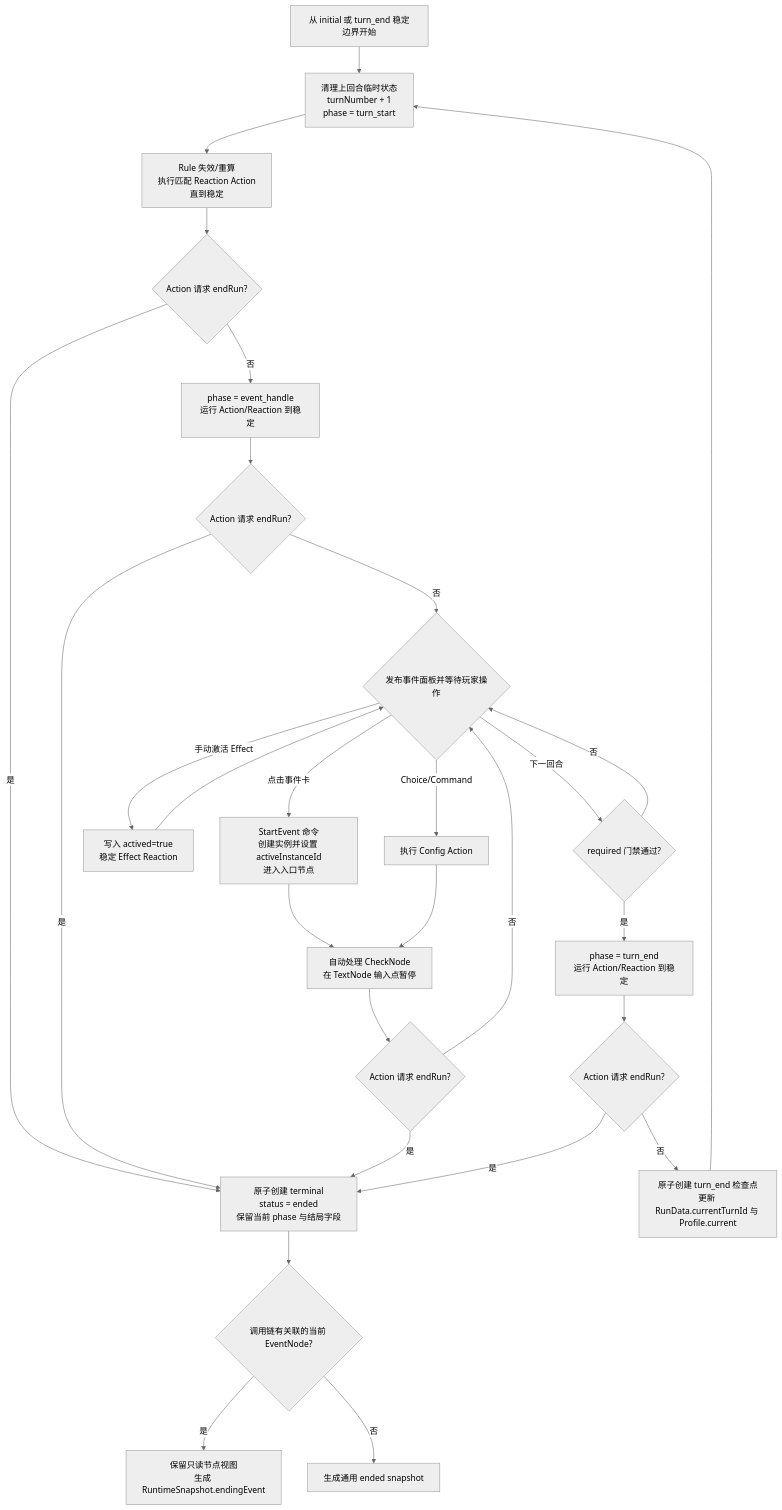
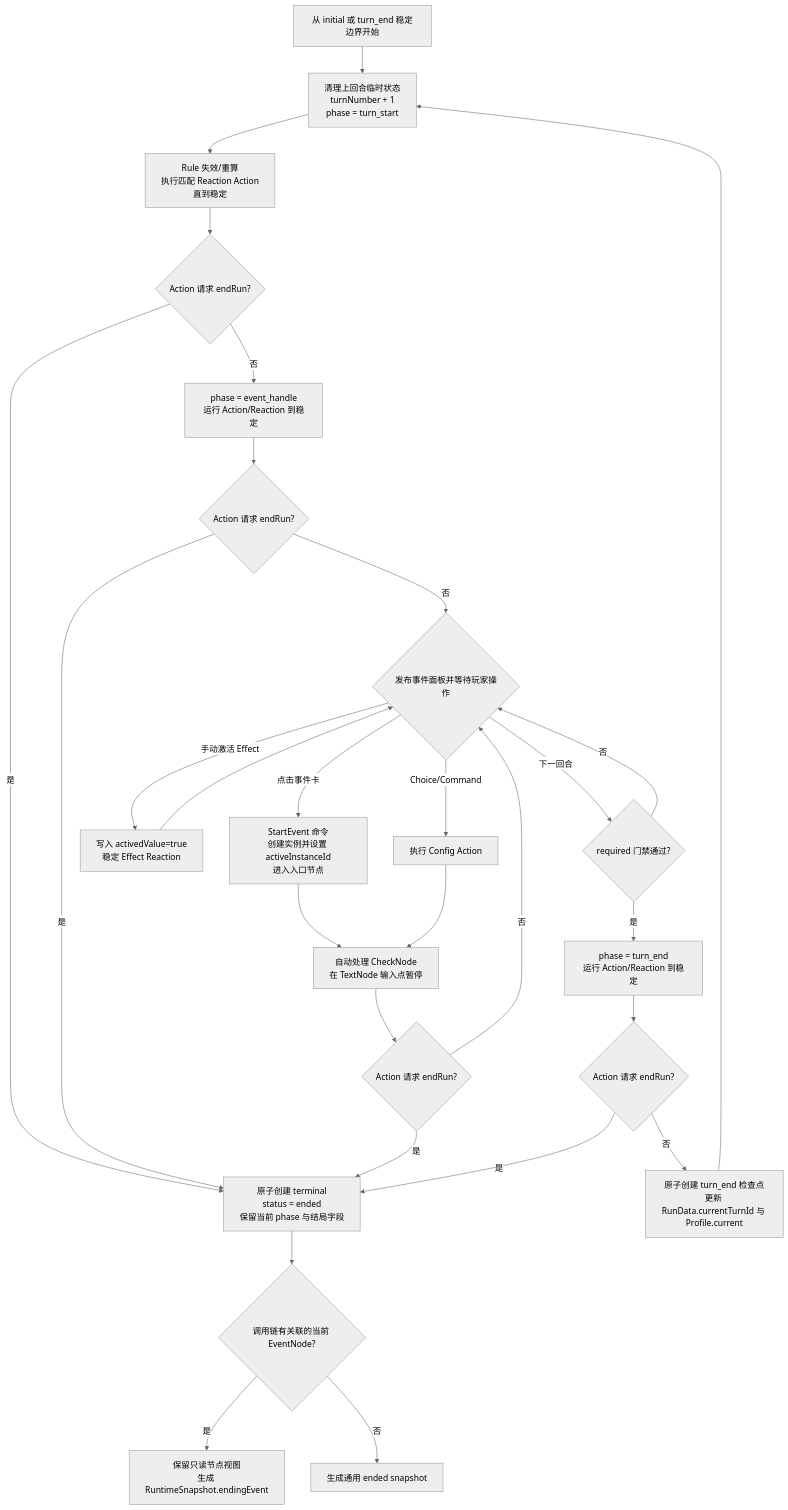
The diagram in docs/game-design/gameplay-runtime-flow.md (IanYet/maker-simulator), drawn with Mermaid (neutral theme) before and after one commit. The commit also changed other lines of this file and 20 other files, not shown here.

````diff
--- a/docs/game-design/gameplay-runtime-flow.md
+++ b/docs/game-design/gameplay-runtime-flow.md
@@ -267,30 +267,30 @@
 ```mermaid
 flowchart TD
     A[从 initial 或 turn_end 稳定边界开始] --> B[清理上回合临时状态<br/>turnNumber + 1<br/>phase = turn_start]
     B --> C[Rule 失效/重算<br/>执行匹配 Reaction Action<br/>直到稳定]
     C --> D{Action 请求 endRun?}
     D -- 是 --> Z[原子创建 terminal<br/>status = ended<br/>保留当前 phase 与结局字段]
     D -- 否 --> E[phase = event_handle<br/>运行 Action/Reaction 到稳定]
     E --> E2{Action 请求 endRun?}
     E2 -- 是 --> Z
     E2 -- 否 --> F{发布事件面板并等待玩家操作}
     F -- 点击事件卡 --> G[StartEvent 命令<br/>创建实例并设置 activeInstanceId<br/>进入入口节点]
     F -- Choice/Command --> H[执行 Config Action]
-    F -- 手动激活 Effect --> H2[写入 actived=true<br/>稳定 Effect Reaction]
+    F -- 手动激活 Effect --> H2[写入 activedValue=true<br/>稳定 Effect Reaction]
     H2 --> F
     F -- 下一回合 --> I{required 门禁通过?}
     I -- 否 --> F
     I -- 是 --> J[phase = turn_end<br/>运行 Action/Reaction 到稳定]
     G --> K[自动处理 CheckNode<br/>在 TextNode 输入点暂停]
     H --> K
     K --> L{Action 请求 endRun?}
     L -- 是 --> Z
     L -- 否 --> F
     J --> M{Action 请求 endRun?}
     M -- 是 --> Z
     M -- 否 --> N[原子创建 turn_end 检查点<br/>更新 RunData.currentTurnId 与 Profile.current]
     N --> B
     Z --> O{调用链有关联的当前 EventNode?}
     O -- 是 --> P[保留只读节点视图<br/>生成 RuntimeSnapshot.endingEvent]
     O -- 否 --> Q[生成通用 ended snapshot]
 ```
````
